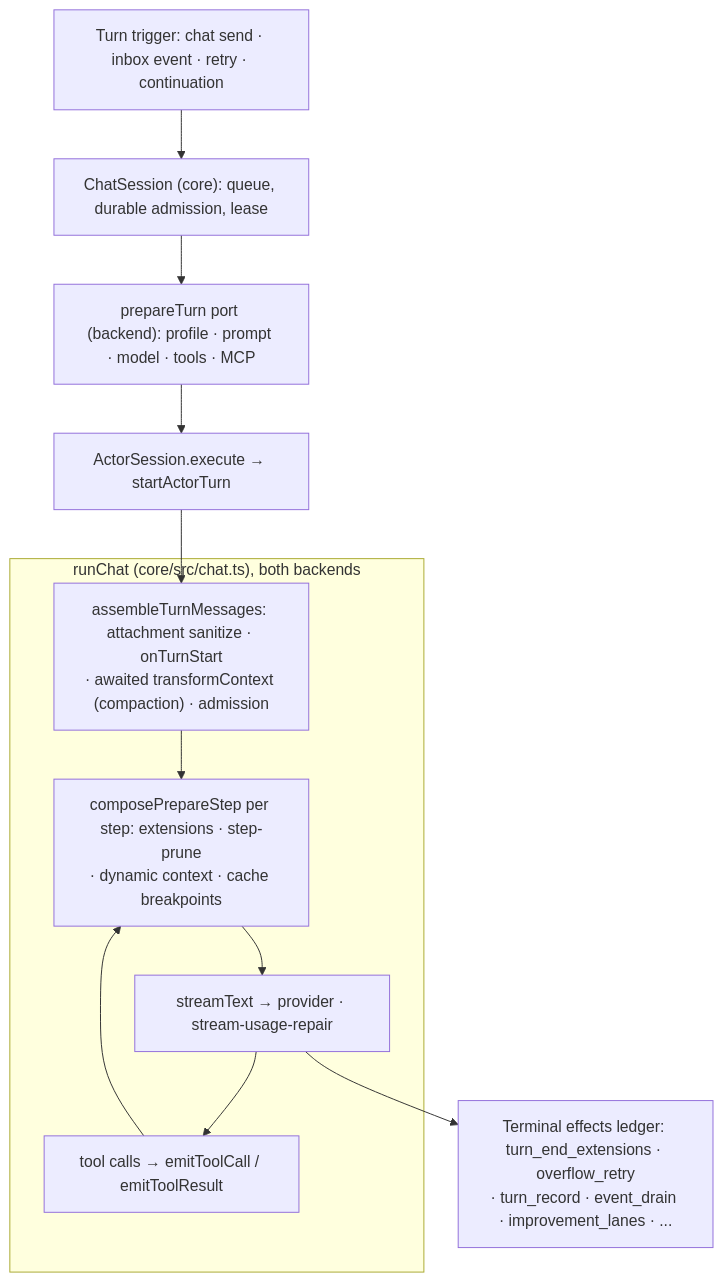
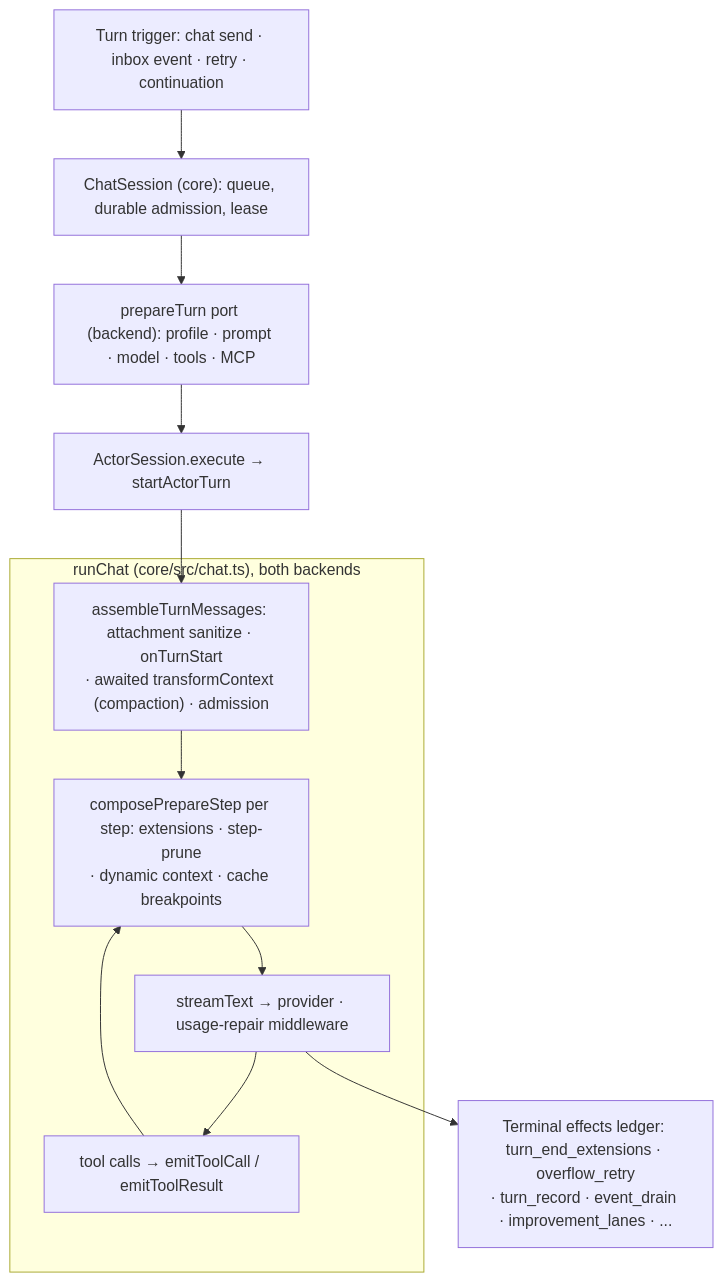
Before and after one commit to AshishKumar4/kinu: the third of 5 diagrams in docs/ARCHITECTURE.md, drawn with Mermaid. The commit also changed other lines of this file and 37 other files, not shown here.

````diff
--- a/docs/ARCHITECTURE.md
+++ b/docs/ARCHITECTURE.md
@@ -200,19 +200,19 @@
 ```mermaid
 flowchart TB
     In["Turn trigger: chat send · inbox event · retry · continuation"]
     CS["ChatSession (core): queue, durable admission, lease"]
     Prep["prepareTurn port (backend): profile · prompt · model · tools · MCP"]
     AS["ActorSession.execute → startActorTurn"]
 
     subgraph Run["runChat (core/src/chat.ts), both backends"]
         Asm["assembleTurnMessages: attachment sanitize · onTurnStart<br/>· awaited transformContext (compaction) · admission"]
         Step["composePrepareStep per step: extensions · step-prune<br/>· dynamic context · cache breakpoints"]
-        Model["streamText → provider · stream-usage-repair"]
+        Model["streamText → provider · usage-repair middleware"]
         Tools["tool calls → emitToolCall / emitToolResult"]
     end
 
     Settle["Terminal effects ledger: turn_end_extensions · overflow_retry<br/>· turn_record · event_drain · improvement_lanes · ..."]
 
     In --> CS --> Prep --> AS --> Asm --> Step --> Model --> Tools --> Step
     Model --> Settle
 ```
````
